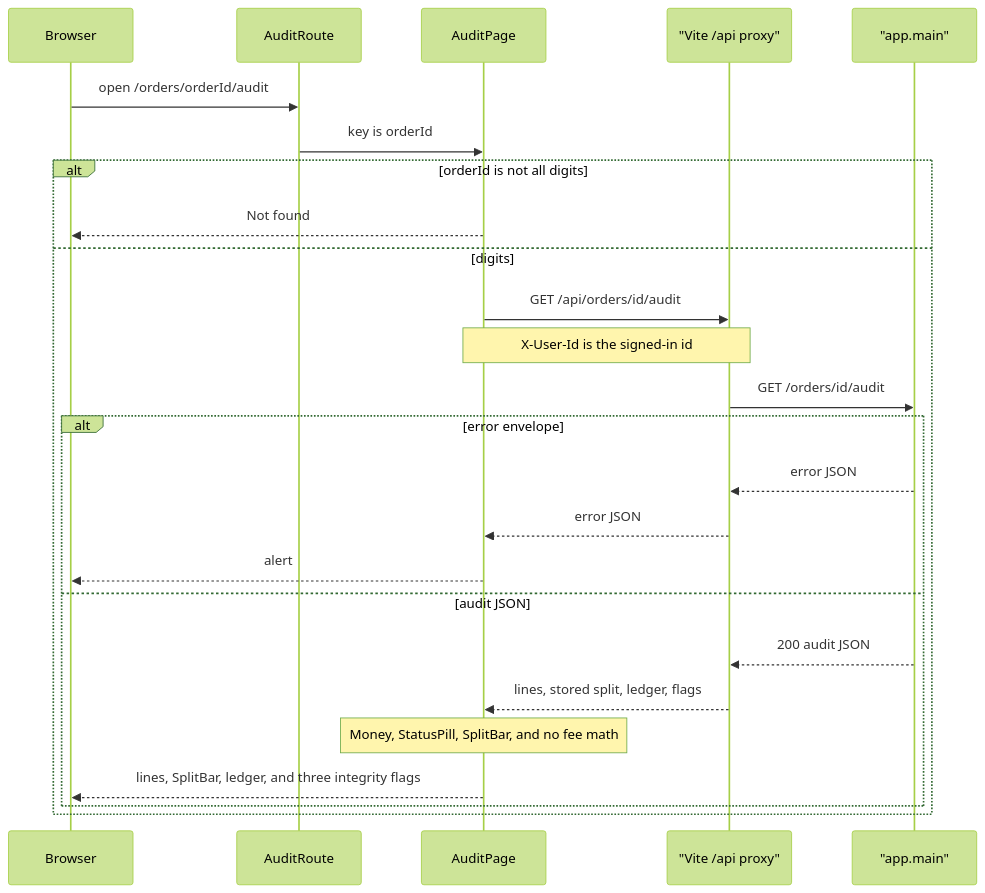
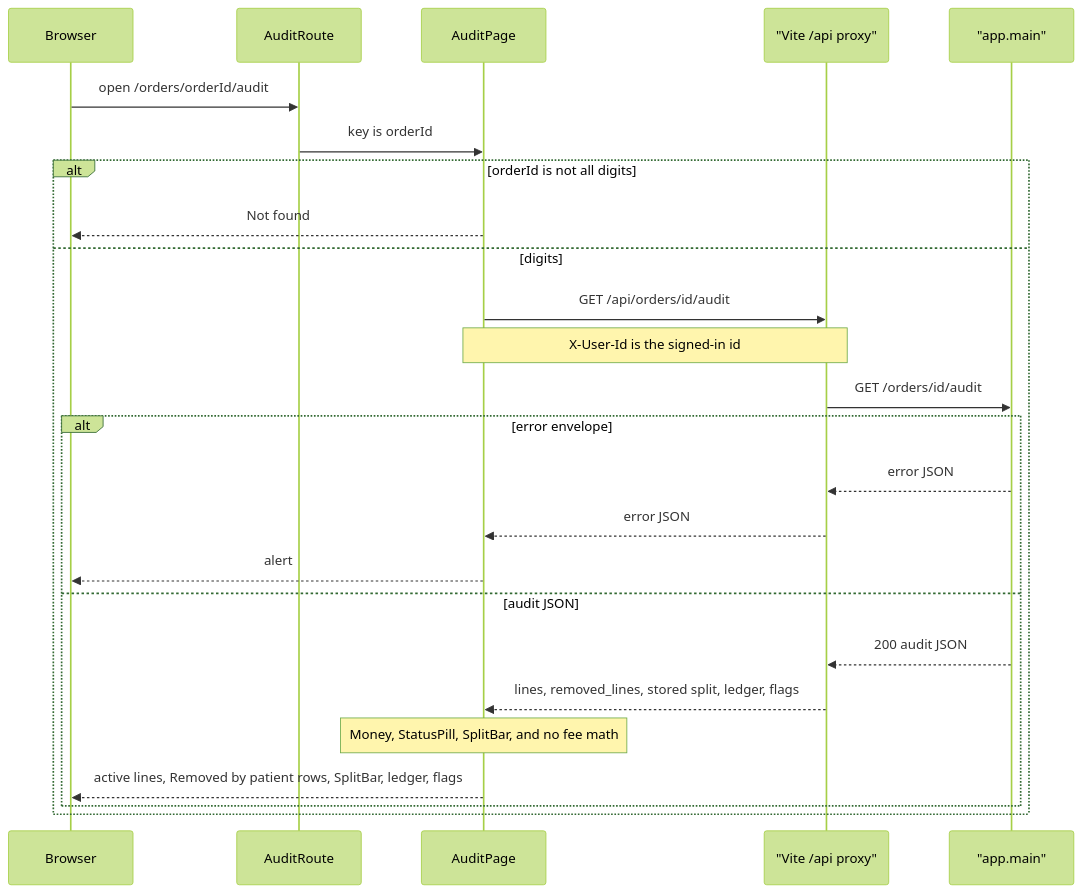
The ninth of 10 diagrams in docs/diagrams/flows/frontend-shell.md (drtclem/cerbo_wk1), drawn with Mermaid (forest theme) before and after one commit. The commit also changed other lines of this file and 8 other files, not shown here.

Commit message:
Diagrams for T24; D13 matches the built behavior

````diff
--- a/docs/diagrams/flows/frontend-shell.md
+++ b/docs/diagrams/flows/frontend-shell.md
@@ -435,28 +452,28 @@
 ```mermaid
 sequenceDiagram
   participant Browser
   participant Route as AuditRoute
   participant Page as AuditPage
   participant Proxy as "Vite /api proxy"
   participant API as "app.main"
 
   Browser->>Route: open /orders/orderId/audit
   Route->>Page: key is orderId
   alt orderId is not all digits
     Page-->>Browser: Not found
   else digits
     Page->>Proxy: GET /api/orders/id/audit
     Note over Page,Proxy: X-User-Id is the signed-in id
     Proxy->>API: GET /orders/id/audit
     alt error envelope
       API-->>Proxy: error JSON
       Proxy-->>Page: error JSON
       Page-->>Browser: alert
     else audit JSON
       API-->>Proxy: 200 audit JSON
-      Proxy-->>Page: lines, stored split, ledger, flags
+      Proxy-->>Page: lines, removed_lines, stored split, ledger, flags
       Note over Page: Money, StatusPill, SplitBar, and no fee math
-      Page-->>Browser: lines, SplitBar, ledger, and three integrity flags
+      Page-->>Browser: active lines, Removed by patient rows, SplitBar, ledger, flags
     end
   end
 ```
````
